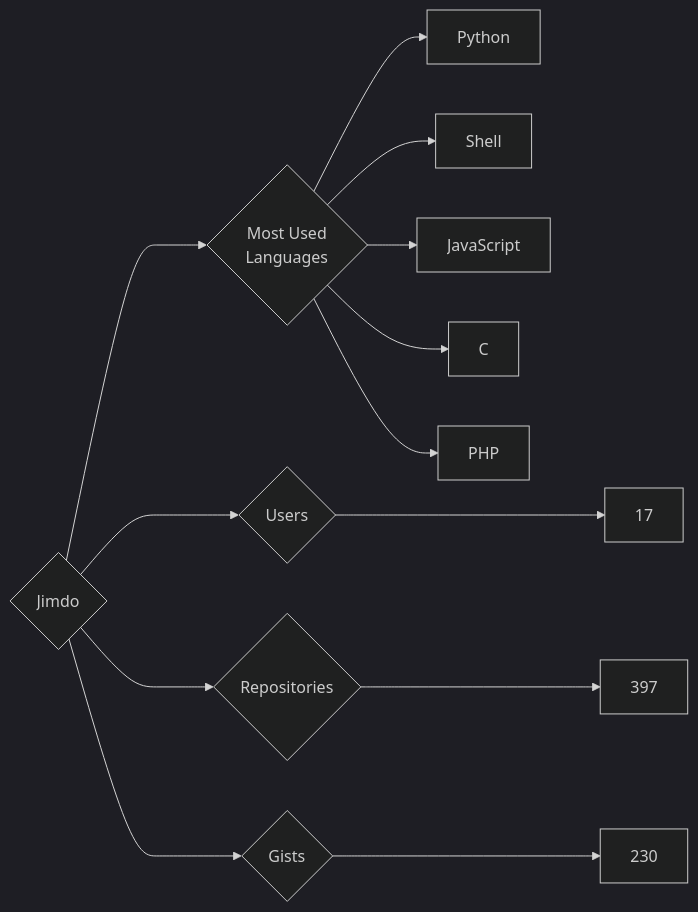
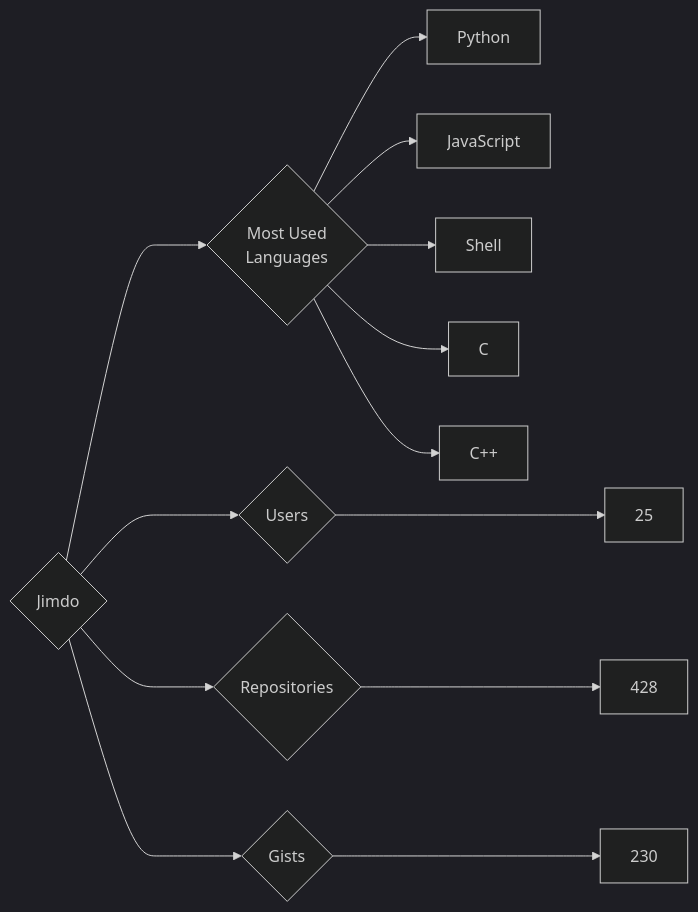
Before and after one commit to trickest/insiders: the diagram in targets/Jimdo/README.md, drawn with Mermaid (dark theme). The commit also changed 899 other files, not shown here.

````diff
--- a/targets/Jimdo/README.md
+++ b/targets/Jimdo/README.md
@@ -3,13 +3,13 @@
 ```mermaid
 graph LR
 COMPANY_NAME{Jimdo}
-COMPANY_NAME ---> U{Users} ---> UN[17]
-COMPANY_NAME ---> R{Repositories} ---> RN[397]
+COMPANY_NAME ---> U{Users} ---> UN[25]
+COMPANY_NAME ---> R{Repositories} ---> RN[428]
 COMPANY_NAME ---> G{Gists} ---> GN[230]
 COMPANY_NAME ---> ML{Most Used<br>Languages}
 ML --> Python[Python]
+ML --> JavaScript[JavaScript]
 ML --> Shell[Shell]
-ML --> JavaScript[JavaScript]
 ML --> C[C]
-ML --> PHP[PHP]
+ML --> C++[C++]
 ```
````
